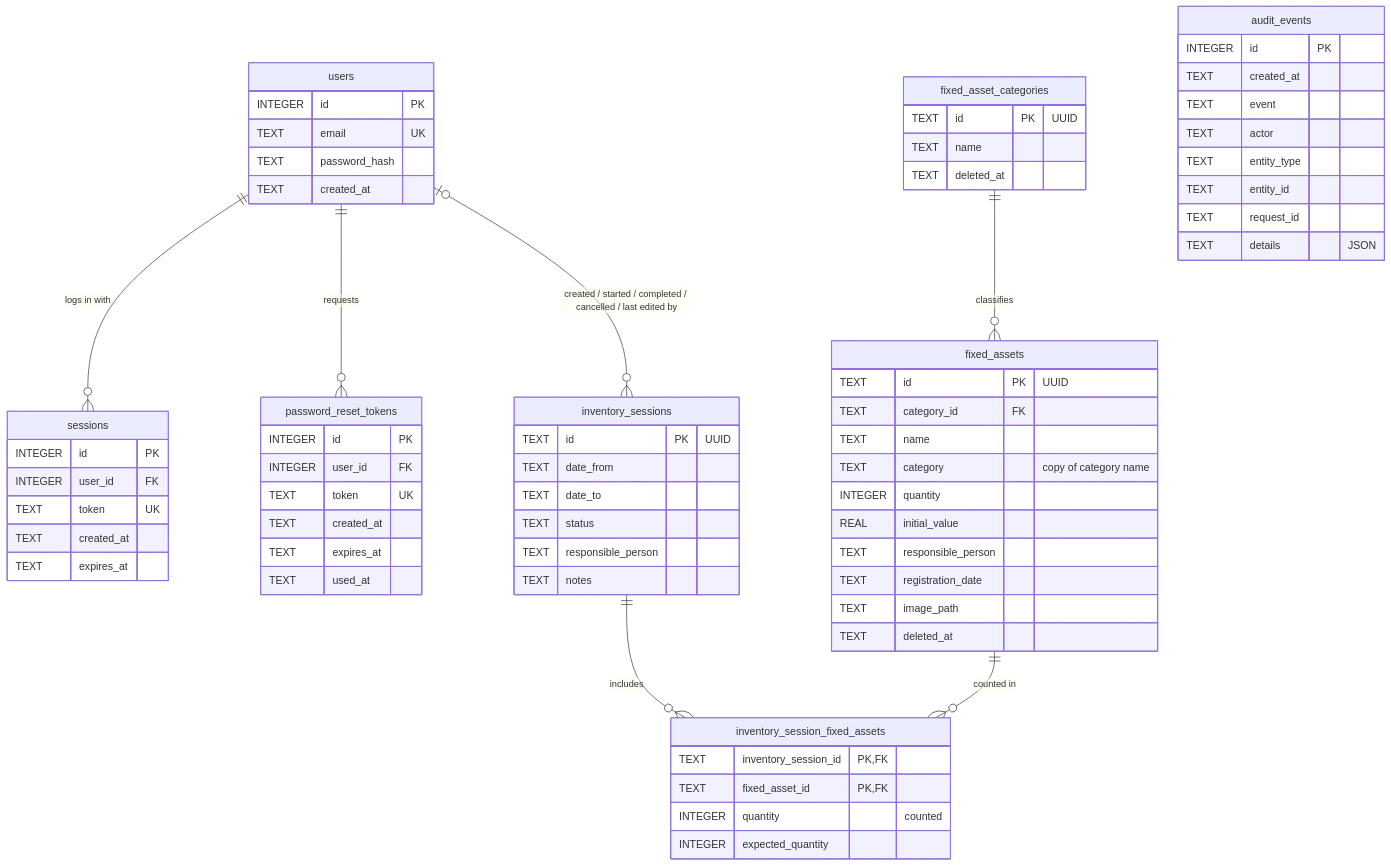
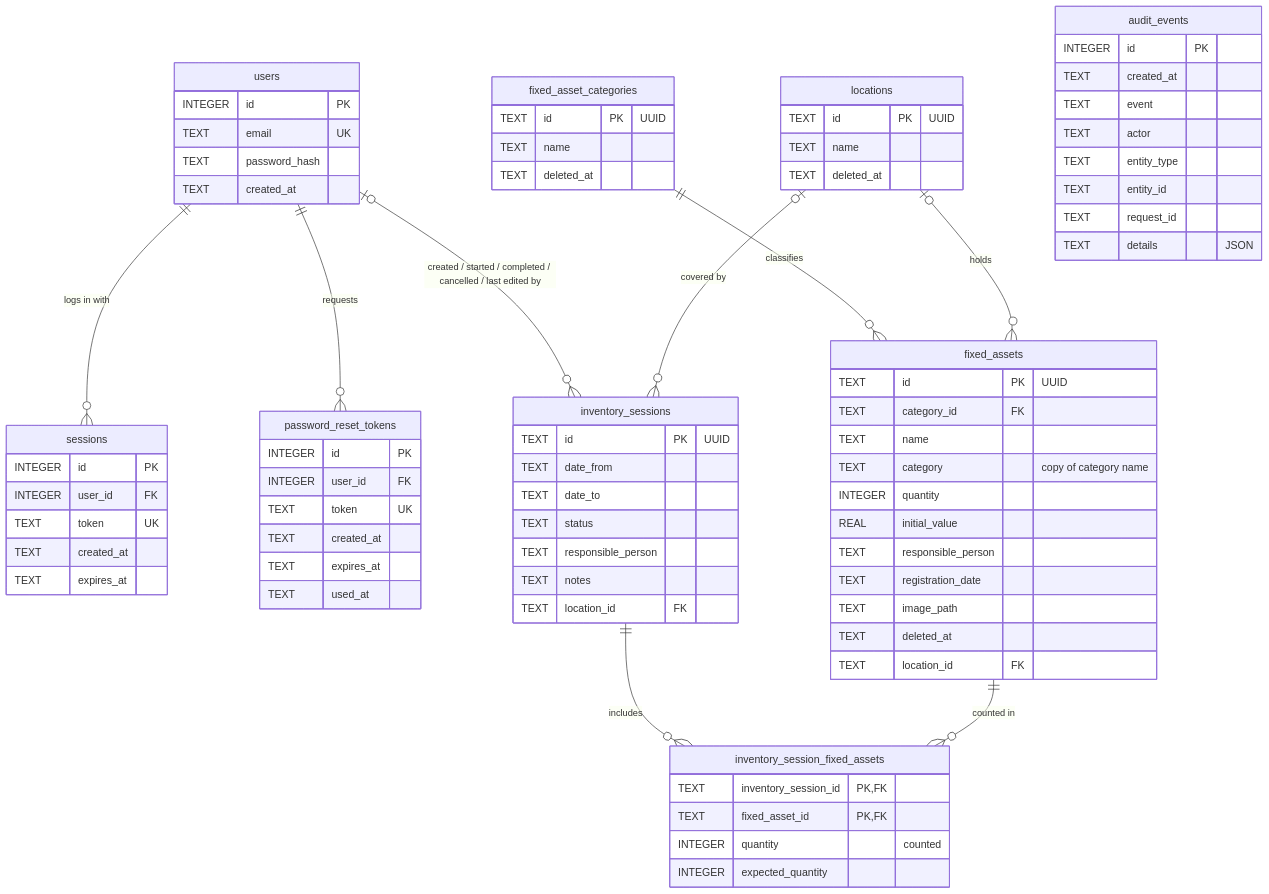
One commit to andris-k/AI-Hackaton changed the diagram in docs/DATABASE.md. Above: the diagram before and after it, drawn with Mermaid. The commit also changed other lines of this file and 25 other files, not shown here.

````diff
--- a/docs/DATABASE.md
+++ b/docs/DATABASE.md
@@ -16,72 +16,81 @@
 ```mermaid
 erDiagram
     users ||--o{ sessions : "logs in with"
     users ||--o{ password_reset_tokens : "requests"
     users |o--o{ inventory_sessions : "created / started / completed / cancelled / last edited by"
     fixed_asset_categories ||--o{ fixed_assets : "classifies"
+    locations |o--o{ fixed_assets : "holds"
+    locations |o--o{ inventory_sessions : "covered by"
     inventory_sessions ||--o{ inventory_session_fixed_assets : "includes"
     fixed_assets ||--o{ inventory_session_fixed_assets : "counted in"
 
     users {
         INTEGER id PK
         TEXT email UK
         TEXT password_hash
         TEXT created_at
     }
     sessions {
         INTEGER id PK
         INTEGER user_id FK
         TEXT token UK
         TEXT created_at
         TEXT expires_at
     }
     password_reset_tokens {
         INTEGER id PK
         INTEGER user_id FK
         TEXT token UK
         TEXT created_at
         TEXT expires_at
         TEXT used_at
     }
     fixed_asset_categories {
         TEXT id PK "UUID"
         TEXT name
         TEXT deleted_at
     }
     fixed_assets {
         TEXT id PK "UUID"
         TEXT category_id FK
         TEXT name
         TEXT category "copy of category name"
         INTEGER quantity
         REAL initial_value
         TEXT responsible_person
         TEXT registration_date
         TEXT image_path
         TEXT deleted_at
+        TEXT location_id FK
+    }
+    locations {
+        TEXT id PK "UUID"
+        TEXT name
+        TEXT deleted_at
     }
     inventory_sessions {
         TEXT id PK "UUID"
         TEXT date_from
         TEXT date_to
         TEXT status
         TEXT responsible_person
         TEXT notes
+        TEXT location_id FK
     }
     inventory_session_fixed_assets {
         TEXT inventory_session_id PK, FK
         TEXT fixed_asset_id PK, FK
         INTEGER quantity "counted"
         INTEGER expected_quantity
     }
     audit_events {
         INTEGER id PK
         TEXT created_at
         TEXT event
         TEXT actor
         TEXT entity_type
         TEXT entity_id
         TEXT request_id
         TEXT details "JSON"
     }
 ```
````
